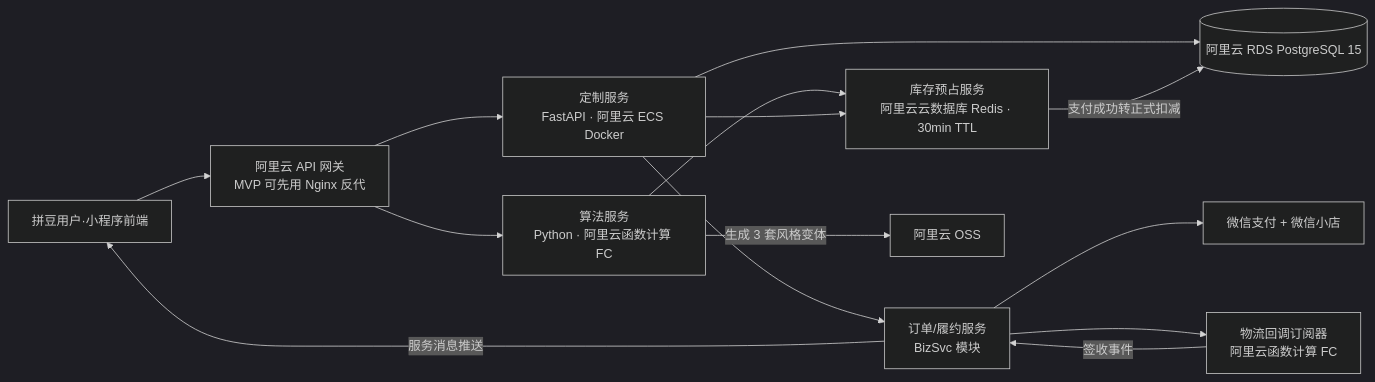
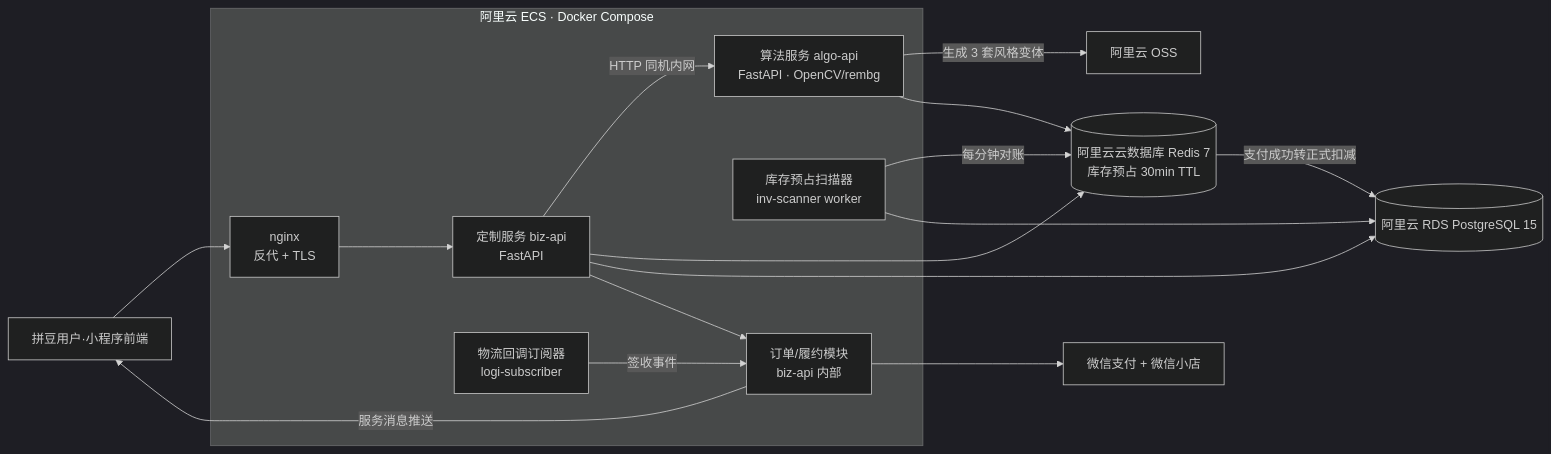
One commit to Fu0000/ai-pin-dou changed the diagram in docs/04-system-architecture.md. Above: the diagram before and after it, drawn with Mermaid (dark theme). The commit also changed other lines of this file and 3 other files, not shown here.

First line of the commit message:
docs: collapse MVP deploy to single ECS docker-compose (ADR-028)

````diff
--- a/docs/04-system-architecture.md
+++ b/docs/04-system-architecture.md
@@ -68,27 +68,33 @@
 ```mermaid
 flowchart LR
     User[拼豆用户·小程序前端]
-    APIGW[阿里云 API 网关<br/>MVP 可先用 Nginx 反代]
-    BizSvc[定制服务<br/>FastAPI · 阿里云 ECS Docker]
-    AlgoSvc[算法服务<br/>Python · 阿里云函数计算 FC]
-    InvSvc[库存预占服务<br/>阿里云云数据库 Redis · 30min TTL]
-    OrderSvc[订单/履约服务<br/>BizSvc 模块]
+
+    subgraph ECS["阿里云 ECS · Docker Compose"]
+        Nginx[nginx<br/>反代 + TLS]
+        BizSvc[定制服务 biz-api<br/>FastAPI]
+        AlgoSvc[算法服务 algo-api<br/>FastAPI · OpenCV/rembg]
+        InvScan[库存预占扫描器<br/>inv-scanner worker]
+        LogiSub[物流回调订阅器<br/>logi-subscriber]
+        OrderMod[订单/履约模块<br/>biz-api 内部]
+    end
+
     OSS[阿里云 OSS]
     PG[(阿里云 RDS PostgreSQL 15)]
+    Redis[(阿里云云数据库 Redis 7<br/>库存预占 30min TTL)]
     PaySvc[微信支付 + 微信小店]
-    LogiSub[物流回调订阅器<br/>阿里云函数计算 FC]
 
-    User --> APIGW
-    APIGW --> BizSvc
-    APIGW --> AlgoSvc
+    User --> Nginx
+    Nginx --> BizSvc
+    BizSvc -->|HTTP 同机内网| AlgoSvc
     AlgoSvc -->|生成 3 套风格变体| OSS
-    AlgoSvc --> InvSvc
-    BizSvc --> InvSvc
+    AlgoSvc --> Redis
+    BizSvc --> Redis
     BizSvc --> PG
-    BizSvc --> OrderSvc
-    OrderSvc --> PaySvc
-    OrderSvc --> LogiSub
-    LogiSub -->|签收事件| OrderSvc
-    OrderSvc -->|服务消息推送| User
-    InvSvc -->|支付成功转正式扣减| PG
+    BizSvc --> OrderMod
+    OrderMod --> PaySvc
+    LogiSub -->|签收事件| OrderMod
+    OrderMod -->|服务消息推送| User
+    InvScan -->|每分钟对账| Redis
+    InvScan --> PG
+    Redis -->|支付成功转正式扣减| PG
 ```
````
